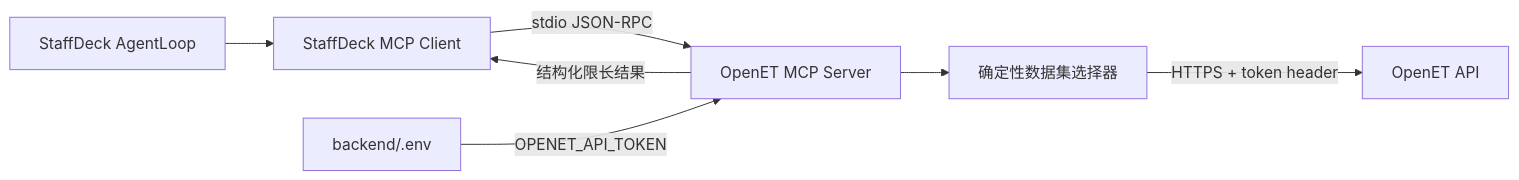
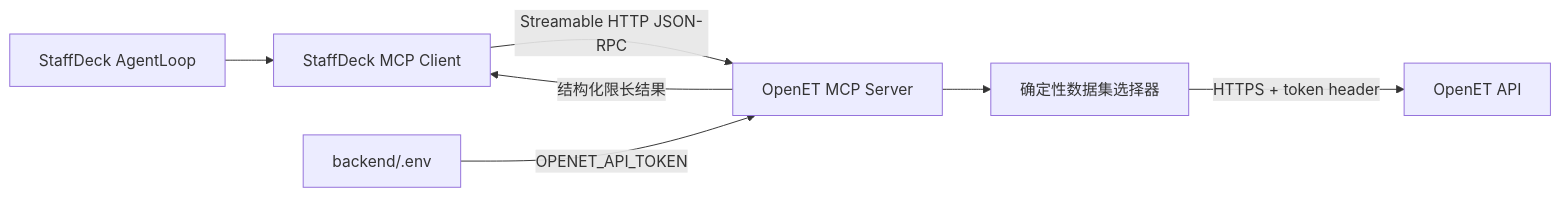
One commit to deng12565/StaffDesk_shenneng changed the diagram in OPENET_MCP_PRD.md. Above: the diagram before and after it, drawn with Mermaid. The commit also changed other lines of this file and 30 other files, not shown here.

````diff
--- a/OPENET_MCP_PRD.md
+++ b/OPENET_MCP_PRD.md
@@ -96,9 +96,9 @@
 ```mermaid
 flowchart LR
     A[StaffDeck AgentLoop] --> B[StaffDeck MCP Client]
-    B -->|stdio JSON-RPC| C[OpenET MCP Server]
+    B -->|Streamable HTTP JSON-RPC| C[OpenET MCP Server]
     C --> F[确定性数据集选择器]
     F -->|HTTPS + token header| D[OpenET API]
     E[backend/.env] -->|OPENET_API_TOKEN| C
     C -->|结构化限长结果| B
 ```
````
